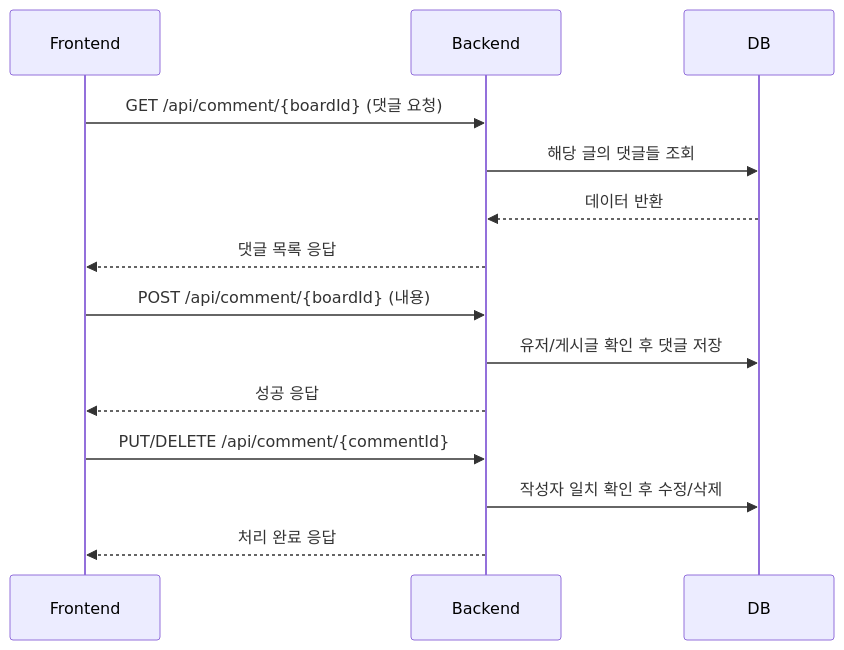
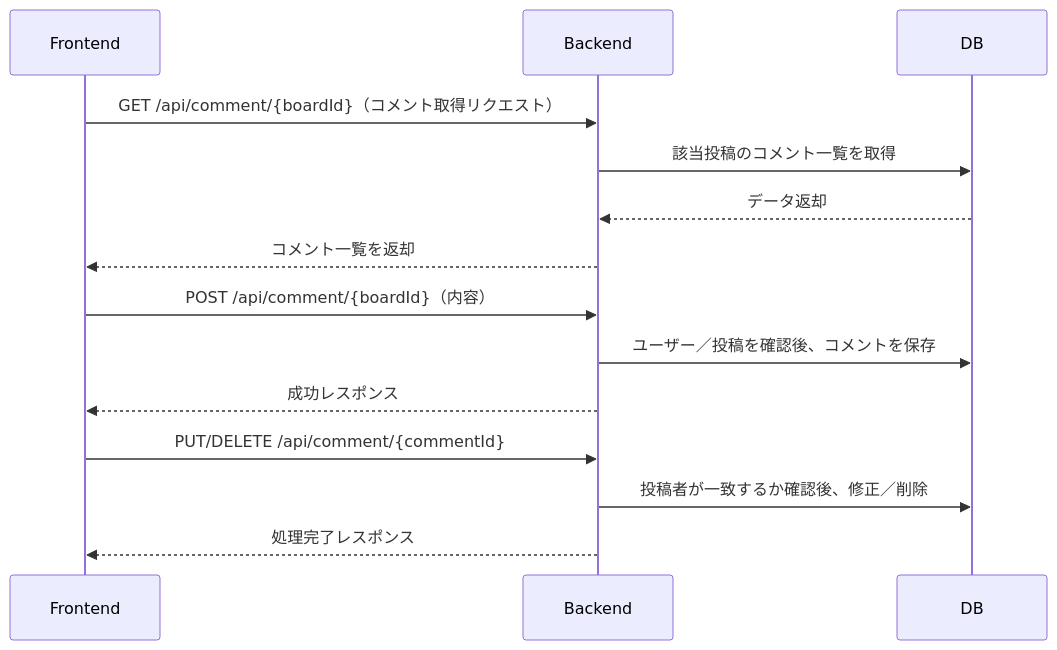
Before and after one commit to You-HyunHo/ani-frontend: the sixth of 10 diagrams in README_img/SEQUENCE.md, drawn with Mermaid. The commit also changed other lines of this file, not shown here.

````diff
--- a/README_img/SEQUENCE.md
+++ b/README_img/SEQUENCE.md
@@ -98,23 +98,22 @@
 ```mermaid
-
-    sequenceDiagram
+sequenceDiagram
     participant FE as Frontend
     participant BE as Backend
     participant DB 
 
-    %% 1. 조회
-    FE->>BE: GET /api/comment/{boardId} (댓글 요청)
-    BE->>DB: 해당 글의 댓글들 조회
-    DB-->>BE: 데이터 반환
-    BE-->>FE: 댓글 목록 응답
+    %% 1. 取得
+    FE->>BE: GET /api/comment/{boardId}（コメント取得リクエスト）
+    BE->>DB: 該当投稿のコメント一覧を取得
+    DB-->>BE: データ返却
+    BE-->>FE: コメント一覧を返却
 
-    %% 2. 작성
-    FE->>BE: POST /api/comment/{boardId} (내용)
-    BE->>DB: 유저/게시글 확인 후 댓글 저장
-    BE-->>FE: 성공 응답
+    %% 2. 作成
+    FE->>BE: POST /api/comment/{boardId}（内容）
+    BE->>DB: ユーザー／投稿を確認後、コメントを保存
+    BE-->>FE: 成功レスポンス
 
-    %% 3. 수정/삭제 (권한체크 포함)
+    %% 3. 修正／削除（権限チェック含む）
     FE->>BE: PUT/DELETE /api/comment/{commentId}
-    BE->>DB: 작성자 일치 확인 후 수정/삭제
-    BE-->>FE: 처리 완료 응답
+    BE->>DB: 投稿者が一致するか確認後、修正／削除
+    BE-->>FE: 処理完了レスポンス
 ```
````
